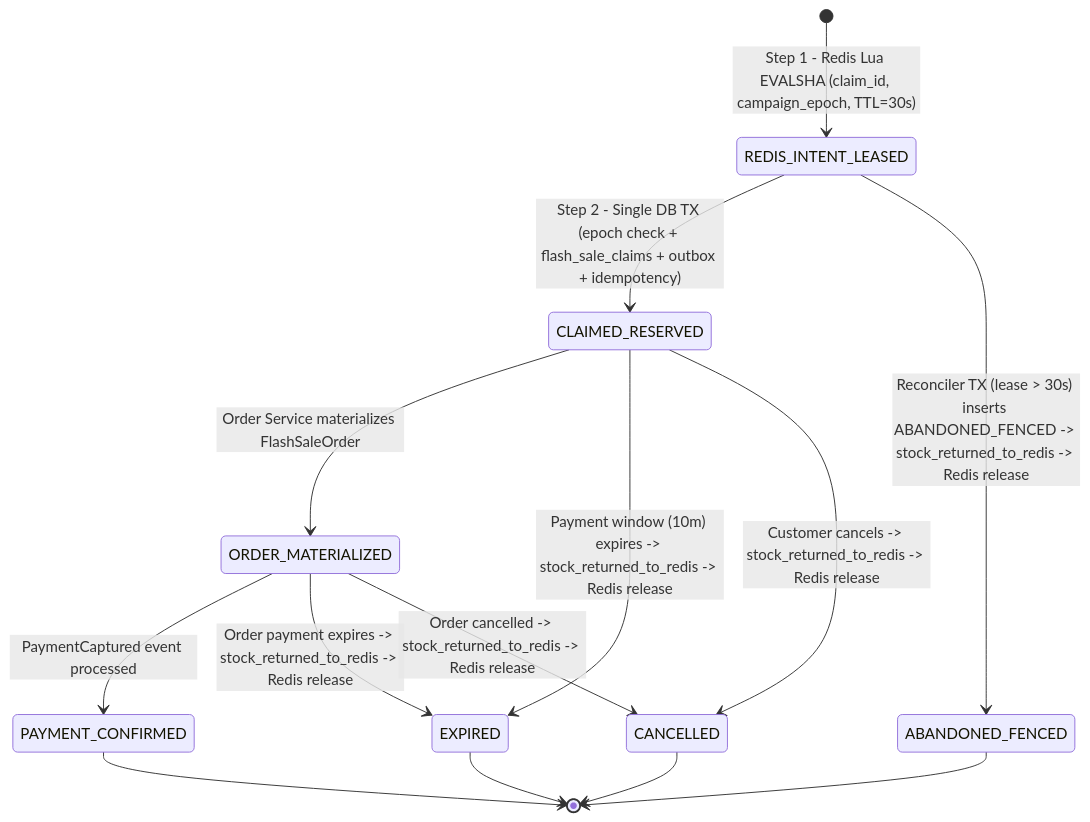
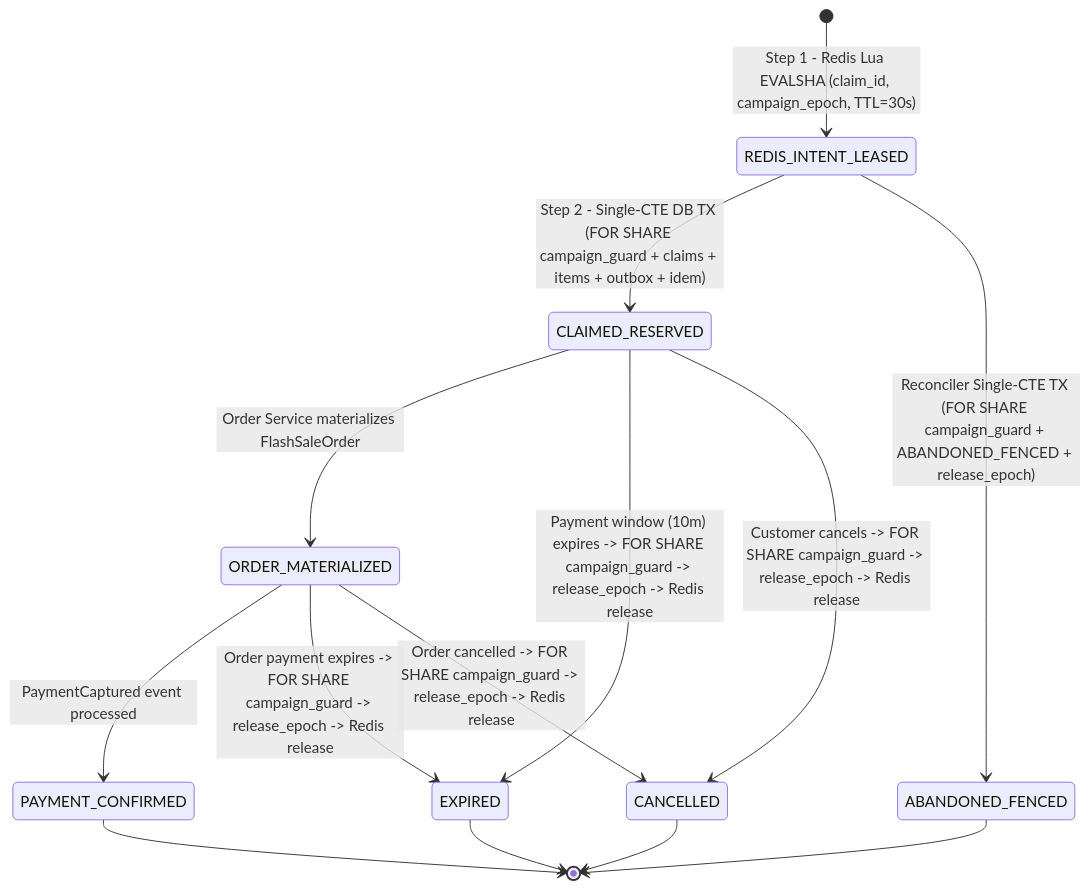
The first of 3 diagrams in docs/architecture/ARCHITECTURE_CHALLENGE_M0_1.md (dev-atlas-lab/distributed-commerce-platform), drawn with Mermaid before and after one commit. The commit also changed other lines of this file and 4 other files, not shown here.

Commit message:
docs(m0.2.3): resolve CH-01 epoch lock serialization and CH-04 broker-fenced outbox relay

````diff
--- a/docs/architecture/ARCHITECTURE_CHALLENGE_M0_1.md
+++ b/docs/architecture/ARCHITECTURE_CHALLENGE_M0_1.md
@@ -32,16 +36,16 @@
 ```mermaid
 stateDiagram-v2
     [*] --> REDIS_INTENT_LEASED : Step 1 - Redis Lua EVALSHA (claim_id, campaign_epoch, TTL=30s)
-    REDIS_INTENT_LEASED --> CLAIMED_RESERVED : Step 2 - Single DB TX (epoch check + flash_sale_claims + outbox + idempotency)
-    REDIS_INTENT_LEASED --> ABANDONED_FENCED : Reconciler TX (lease > 30s) inserts ABANDONED_FENCED -> stock_returned_to_redis -> Redis release
+    REDIS_INTENT_LEASED --> CLAIMED_RESERVED : Step 2 - Single-CTE DB TX (FOR SHARE campaign_guard + claims + items + outbox + idem)
+    REDIS_INTENT_LEASED --> ABANDONED_FENCED : Reconciler Single-CTE TX (FOR SHARE campaign_guard + ABANDONED_FENCED + release_epoch)
     CLAIMED_RESERVED --> ORDER_MATERIALIZED : Order Service materializes FlashSaleOrder
-    CLAIMED_RESERVED --> EXPIRED : Payment window (10m) expires -> stock_returned_to_redis -> Redis release
-    CLAIMED_RESERVED --> CANCELLED : Customer cancels -> stock_returned_to_redis -> Redis release
+    CLAIMED_RESERVED --> EXPIRED : Payment window (10m) expires -> FOR SHARE campaign_guard -> release_epoch -> Redis release
+    CLAIMED_RESERVED --> CANCELLED : Customer cancels -> FOR SHARE campaign_guard -> release_epoch -> Redis release
     ORDER_MATERIALIZED --> PAYMENT_CONFIRMED : PaymentCaptured event processed
-    ORDER_MATERIALIZED --> EXPIRED : Order payment expires -> stock_returned_to_redis -> Redis release
-    ORDER_MATERIALIZED --> CANCELLED : Order cancelled -> stock_returned_to_redis -> Redis release
+    ORDER_MATERIALIZED --> EXPIRED : Order payment expires -> FOR SHARE campaign_guard -> release_epoch -> Redis release
+    ORDER_MATERIALIZED --> CANCELLED : Order cancelled -> FOR SHARE campaign_guard -> release_epoch -> Redis release
     PAYMENT_CONFIRMED --> [*]
     EXPIRED --> [*]
     CANCELLED --> [*]
     ABANDONED_FENCED --> [*]
 ```
````
